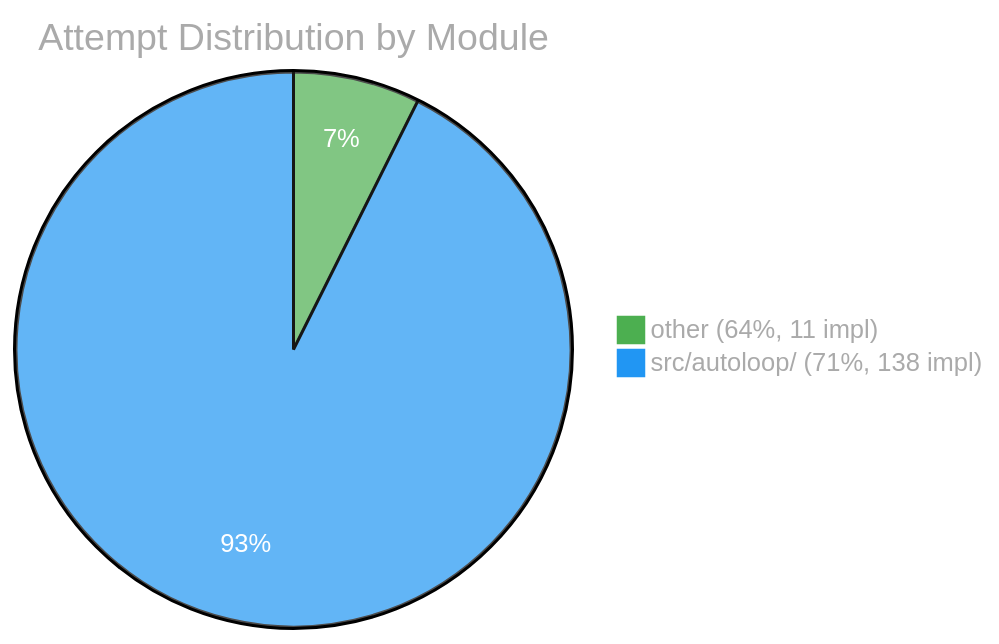
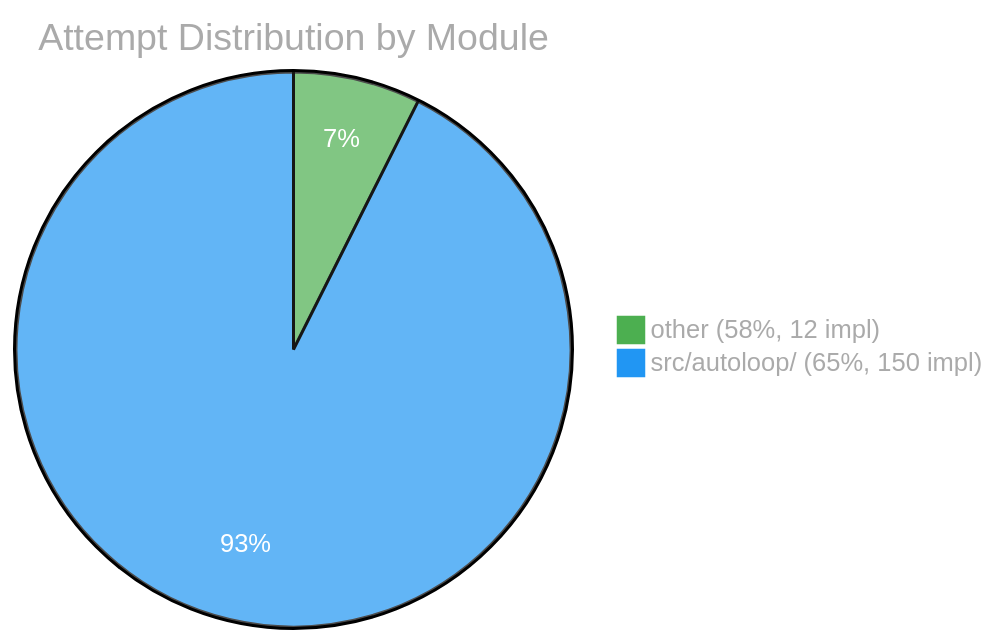
One commit to Sanctum-Origo-Systems/autoloop changed the third of 3 diagrams in EVAL.md. Above: the diagram before and after it, drawn with Mermaid. The commit also changed other lines of this file and 1 other file, not shown here.

````diff
--- a/EVAL.md
+++ b/EVAL.md
@@ -59,6 +81,6 @@
 ```mermaid
 %%{init: {'theme': 'base', 'themeVariables': {'pie1': '#4CAF50', 'pie2': '#2196F3', 'pie3': '#FF9800', 'pie4': '#E91E63', 'pie5': '#9C27B0', 'pie6': '#00BCD4', 'pieTitleTextColor': '#aaa', 'pieLegendTextColor': '#aaa', 'pieSectionTextColor': '#fff'}}}%%
 pie title Attempt Distribution by Module
-    "other (64%, 11 impl)" : 11
-    "src/autoloop/ (71%, 138 impl)" : 138
+    "other (58%, 12 impl)" : 12
+    "src/autoloop/ (65%, 150 impl)" : 150
 ```
````
